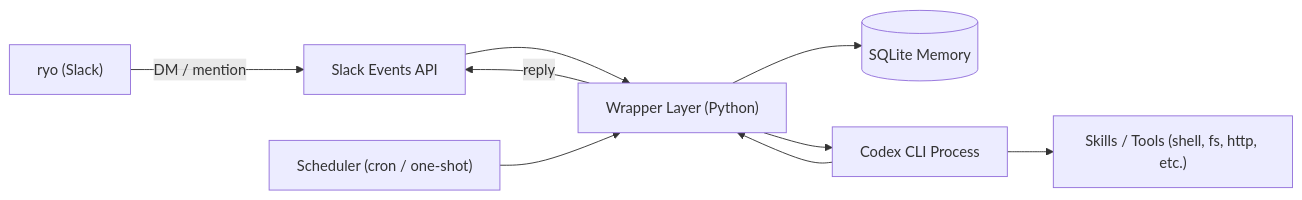
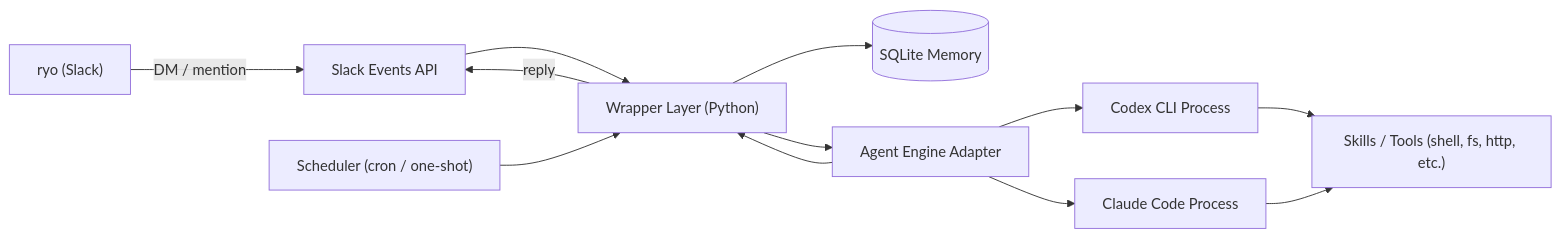
One commit to ryokaneoka0406/robopen-agent-py changed the diagram in documents/designdoc.md. Above: the diagram before and after it, drawn with Mermaid. The commit also changed other lines of this file and 14 other files, not shown here.

Commit message:
Add Claude Code agent engine support

````diff
--- a/documents/designdoc.md
+++ b/documents/designdoc.md
@@ -23,11 +23,14 @@
 ```mermaid
 flowchart LR
     User["ryo (Slack)"] -->|DM / mention| SlackAPI["Slack Events API"]
     SlackAPI --> Wrapper["Wrapper Layer (Python)"]
     Scheduler["Scheduler (cron / one-shot)"] --> Wrapper
     Wrapper --> Memory[("SQLite Memory")]
-    Wrapper --> Codex["Codex CLI Process"]
+    Wrapper --> Agent["Agent Engine Adapter"]
+    Agent --> Codex["Codex CLI Process"]
+    Agent --> Claude["Claude Code Process"]
     Codex --> Tools["Skills / Tools (shell, fs, http, etc.)"]
-    Codex --> Wrapper
+    Claude --> Tools
+    Agent --> Wrapper
     Wrapper -->|reply| SlackAPI
 ```
````
